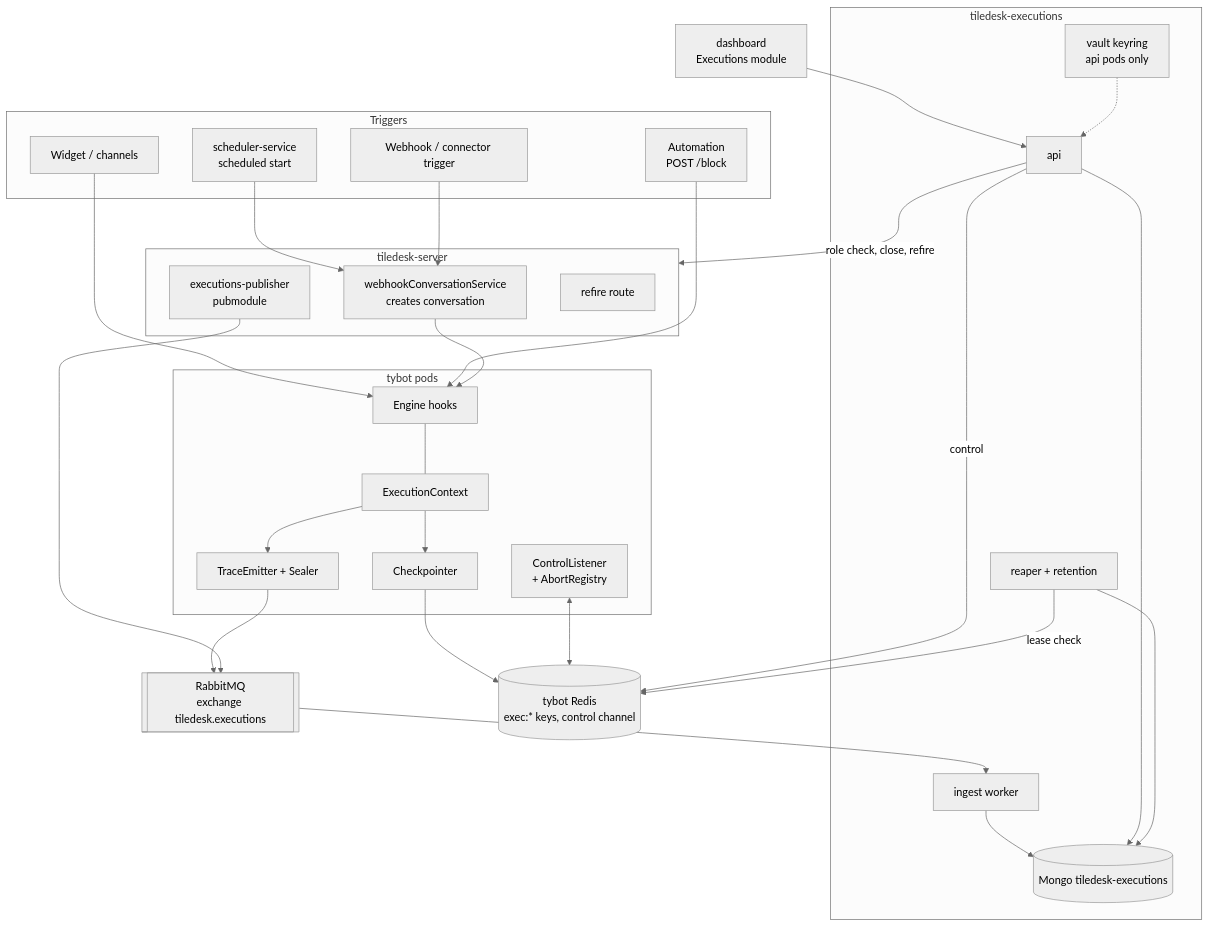
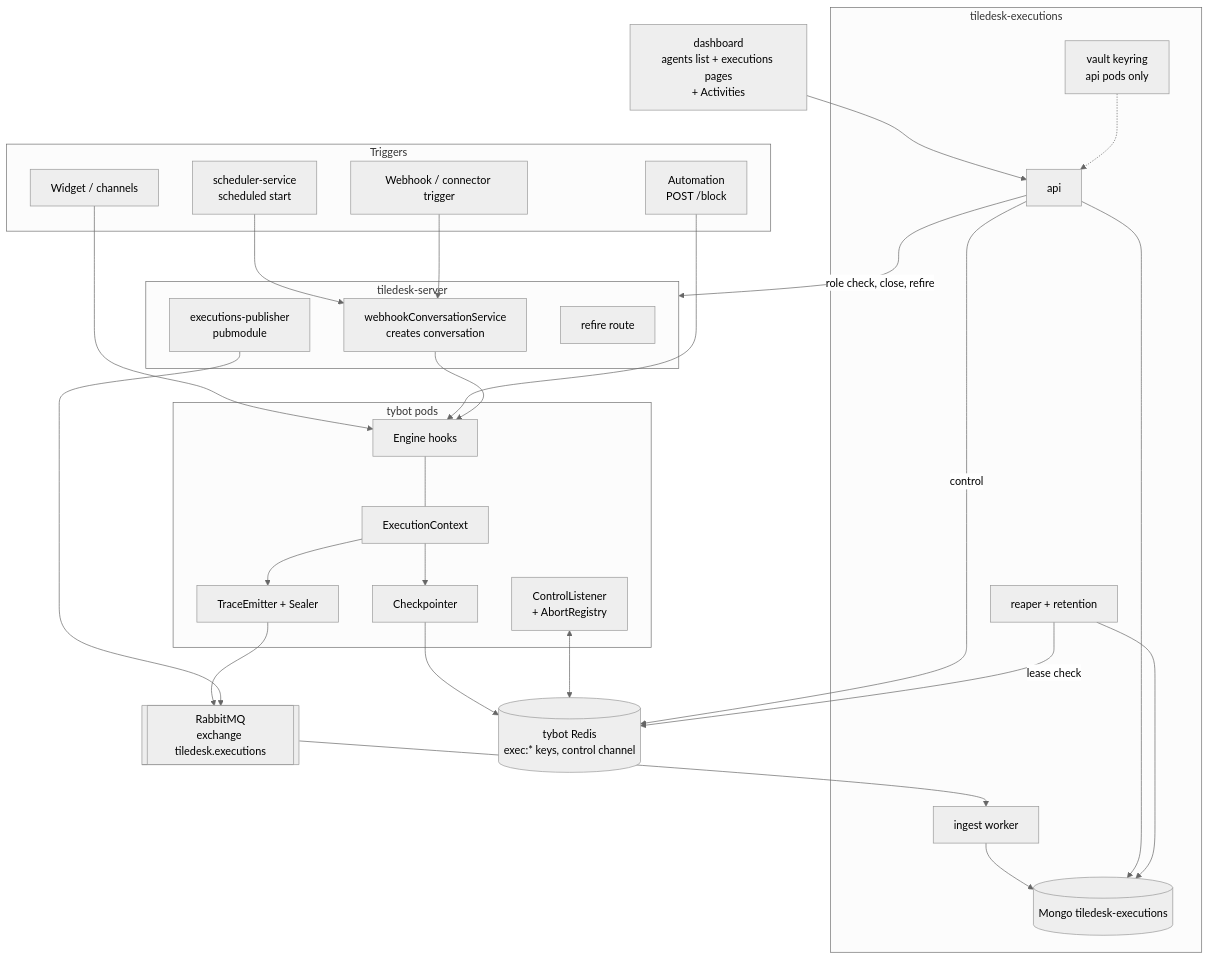
One commit to Tiledesk/tiledesk-chatbot changed the first of 10 diagrams in docs/superpowers/specs/2026-11-09-agent-execution-traceability-design.md. Above: the diagram before and after it, drawn with Mermaid (neutral theme). The commit also changed other lines of this file and 1 other file, not shown here.

Commit message:
docs: execution traceability v3 - dashboard integration, activities audit, flow state tracking

````diff
--- a/docs/superpowers/specs/2026-11-09-agent-execution-traceability-design.md
+++ b/docs/superpowers/specs/2026-11-09-agent-execution-traceability-design.md
@@ -111,55 +116,55 @@
 ```mermaid
 flowchart TB
   subgraph Triggers
     SCH[scheduler-service<br/>scheduled start]
     WH[Webhook / connector trigger]
     CH[Widget / channels]
     AUT[Automation<br/>POST /block]
   end
 
   subgraph SRV[tiledesk-server]
     WCS[webhookConversationService<br/>creates conversation]
     PUB[executions-publisher<br/>pubmodule]
     REF[refire route]
   end
 
   subgraph TY[tybot pods]
     ENG[Engine hooks]
     EC[ExecutionContext]
     TE[TraceEmitter + Sealer]
     CP[Checkpointer]
     CL[ControlListener<br/>+ AbortRegistry]
   end
 
   RD[(tybot Redis<br/>exec:* keys, control channel)]
   MQ[[RabbitMQ<br/>exchange tiledesk.executions]]
 
   subgraph EX[tiledesk-executions]
     ING[ingest worker]
     APIS[api]
     RPR[reaper + retention]
     MDB[(Mongo tiledesk-executions)]
     VK[vault keyring<br/>api pods only]
   end
 
-  DASH[dashboard<br/>Executions module]
+  DASH[dashboard<br/>agents list + executions pages<br/>+ Activities]
 
   SCH --> WCS
   WH --> WCS
   CH --> ENG
   AUT --> ENG
   WCS --> ENG
   ENG --- EC
   EC --> TE --> MQ
   EC --> CP --> RD
   CL <--> RD
   PUB --> MQ
   MQ --> ING --> MDB
   DASH --> APIS
   APIS --> MDB
   APIS -- control --> RD
   APIS -- role check, close, refire --> SRV
   VK -.-> APIS
   RPR --> MDB
   RPR -- lease check --> RD
 ```
````
